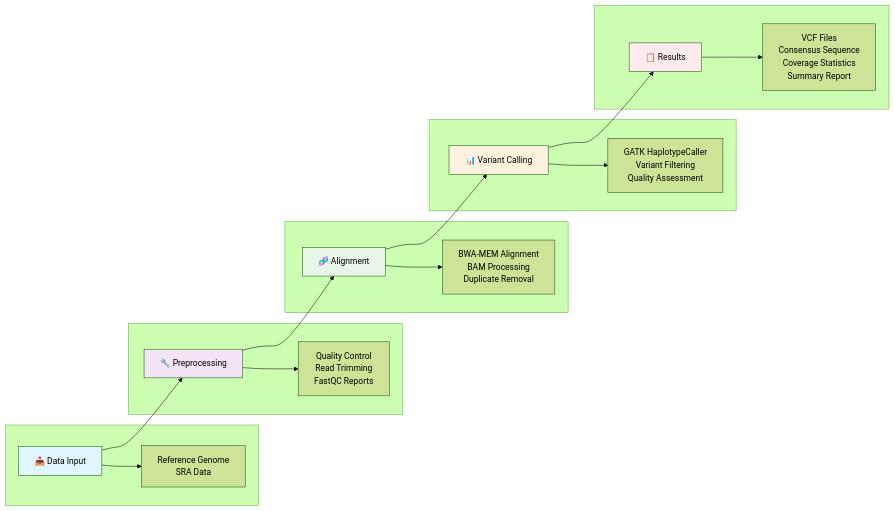
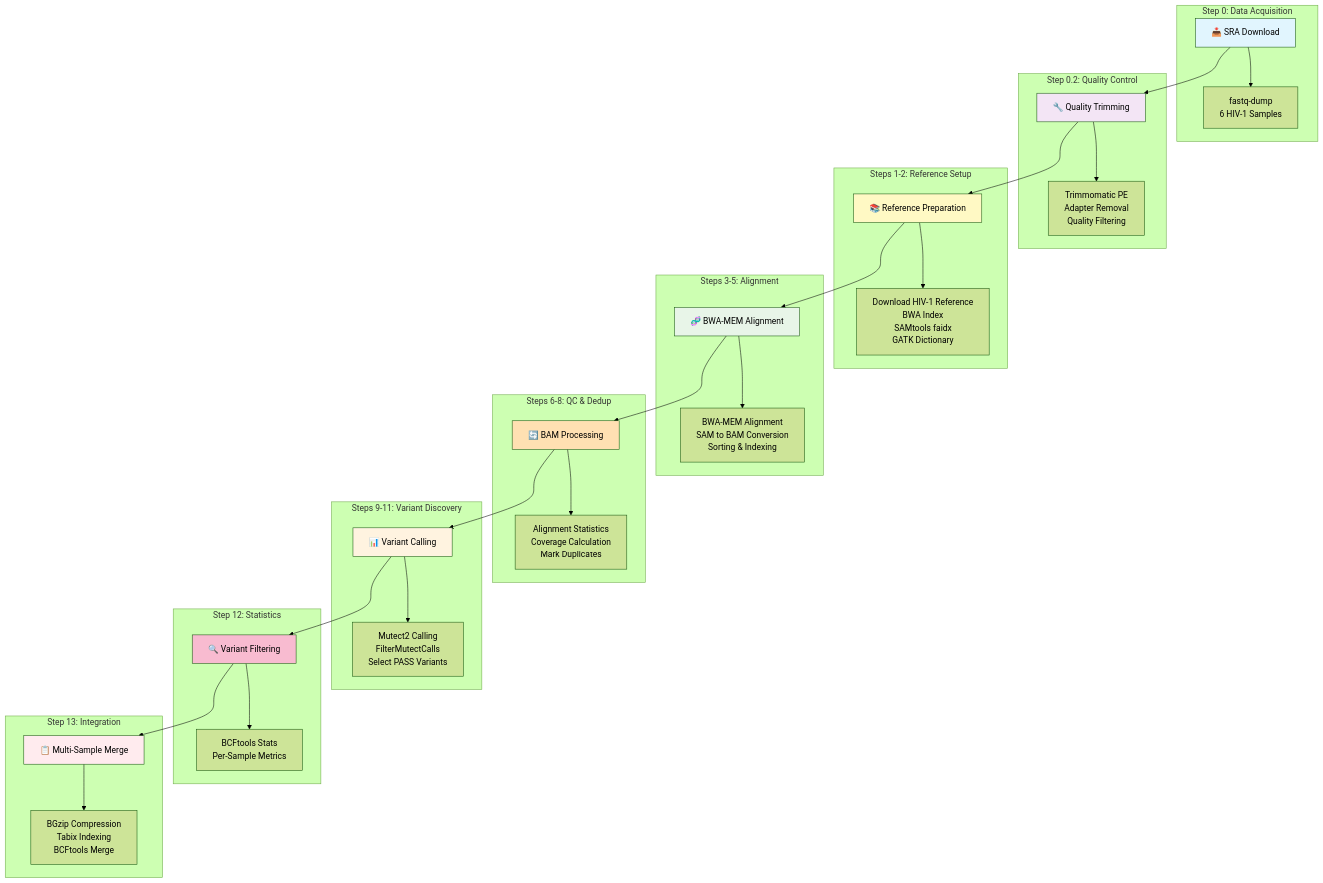
The diagram in README.md (MadhuramDidwani45/NGS-Viral-Variants-Pipeline), drawn with Mermaid (forest theme) before and after one commit. The commit also changed other lines of this file, not shown here.

````diff
--- a/README.md
+++ b/README.md
@@ -24,38 +24,59 @@
 ```mermaid
-flowchart LR
-    A[📥 Data Input] --> B[🔧 Preprocessing]
-    B --> C[🧬 Alignment]
-    C --> D[📊 Variant Calling]
-    D --> E[📋 Results]
+flowchart TB
+    A[📥 SRA Download] --> B[🔧 Quality Trimming]
+    B --> C[📚 Reference Preparation]
+    C --> D[🧬 BWA-MEM Alignment]
+    D --> E[🔄 BAM Processing]
+    E --> F[📊 Variant Calling]
+    F --> G[🔍 Variant Filtering]
+    G --> H[📋 Multi-Sample Merge]
     
-    subgraph " "
-        A1[Reference Genome<br/>SRA Data] 
+    subgraph "Step 0: Data Acquisition"
+        A1[fastq-dump<br/>6 HIV-1 Samples]
         A --> A1
     end
     
-    subgraph " "
-        B1[Quality Control<br/>Read Trimming<br/>FastQC Reports]
+    subgraph "Step 0.2: Quality Control"
+        B1[Trimmomatic PE<br/>Adapter Removal<br/>Quality Filtering]
         B --> B1
     end
     
-    subgraph " "
-        C1[BWA-MEM Alignment<br/>BAM Processing<br/>Duplicate Removal]
+    subgraph "Steps 1-2: Reference Setup"
+        C1[Download HIV-1 Reference<br/>BWA Index<br/>SAMtools faidx<br/>GATK Dictionary]
         C --> C1
     end
     
-    subgraph " "
-        D1[GATK HaplotypeCaller<br/>Variant Filtering<br/>Quality Assessment]
+    subgraph "Steps 3-5: Alignment"
+        D1[BWA-MEM Alignment<br/>SAM to BAM Conversion<br/>Sorting & Indexing]
         D --> D1
     end
     
-    subgraph " "
-        E1[VCF Files<br/>Consensus Sequence<br/>Coverage Statistics<br/>Summary Report]
+    subgraph "Steps 6-8: QC & Dedup"
+        E1[Alignment Statistics<br/>Coverage Calculation<br/>Mark Duplicates]
         E --> E1
+    end
+    
+    subgraph "Steps 9-11: Variant Discovery"
+        F1[Mutect2 Calling<br/>FilterMutectCalls<br/>Select PASS Variants]
+        F --> F1
+    end
+    
+    subgraph "Step 12: Statistics"
+        G1[BCFtools Stats<br/>Per-Sample Metrics]
+        G --> G1
+    end
+    
+    subgraph "Step 13: Integration"
+        H1[BGzip Compression<br/>Tabix Indexing<br/>BCFtools Merge]
+        H --> H1
     end
     
     style A fill:#e1f5fe
     style B fill:#f3e5f5
-    style C fill:#e8f5e8
-    style D fill:#fff3e0
-    style E fill:#ffebee
+    style C fill:#fff9c4
+    style D fill:#e8f5e8
+    style E fill:#ffe0b2
+    style F fill:#fff3e0
+    style G fill:#f8bbd0
+    style H fill:#ffebee
 ```
````
